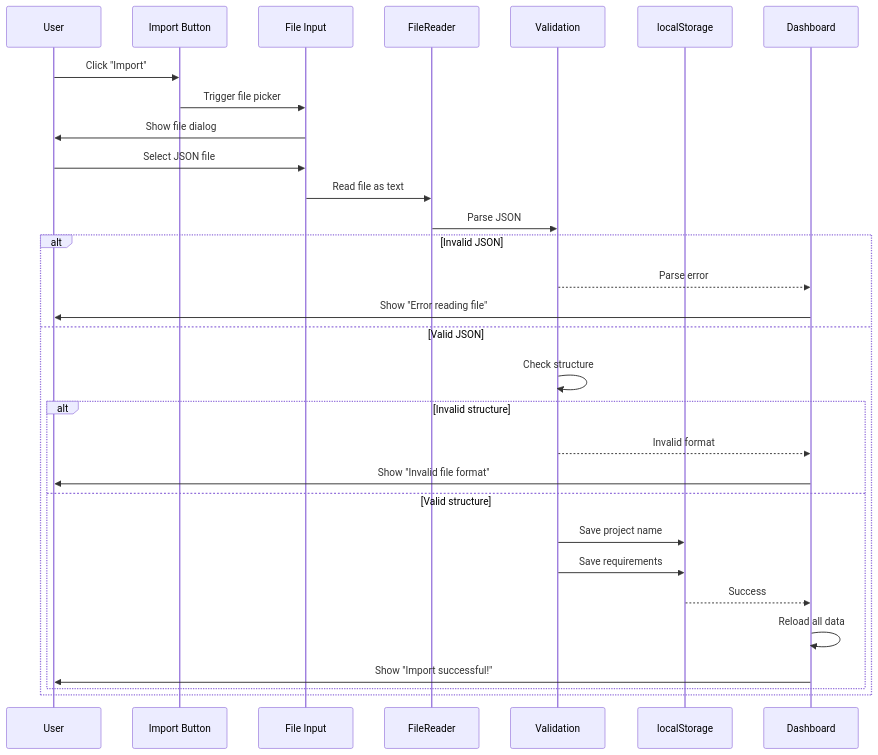
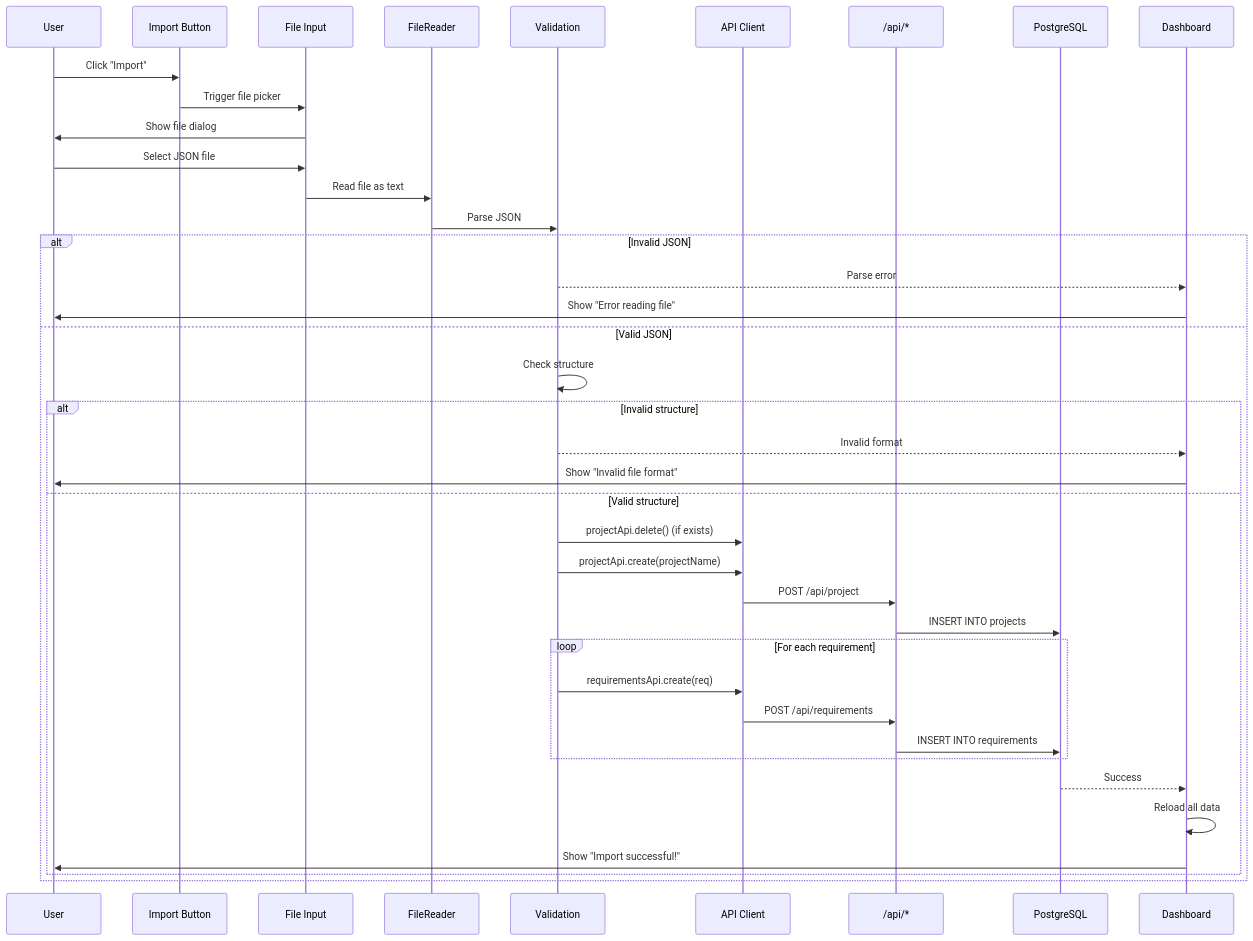
The eighth of 14 diagrams in docs/technical-spec.md (FirstRe/AIFIRST), drawn with Mermaid before and after one commit. The commit also changed other lines of this file and 36 other files, not shown here.

````diff
--- a/docs/technical-spec.md
+++ b/docs/technical-spec.md
@@ -725,38 +1070,48 @@
 ```mermaid
 sequenceDiagram
     participant User as User
     participant Button as Import Button
     participant Input as File Input
     participant Reader as FileReader
     participant Validator as Validation
-    participant Storage as localStorage
+    participant API as API Client
+    participant Backend as /api/*
+    participant DB as PostgreSQL
     participant Dashboard as Dashboard
 
     User->>Button: Click "Import"
     Button->>Input: Trigger file picker
     Input->>User: Show file dialog
 
     User->>Input: Select JSON file
     Input->>Reader: Read file as text
 
     Reader->>Validator: Parse JSON
 
     alt Invalid JSON
         Validator-->>Dashboard: Parse error
         Dashboard->>User: Show "Error reading file"
     else Valid JSON
         Validator->>Validator: Check structure
 
         alt Invalid structure
             Validator-->>Dashboard: Invalid format
             Dashboard->>User: Show "Invalid file format"
         else Valid structure
-            Validator->>Storage: Save project name
-            Validator->>Storage: Save requirements
+            Validator->>API: projectApi.delete() (if exists)
+            Validator->>API: projectApi.create(projectName)
+            API->>Backend: POST /api/project
+            Backend->>DB: INSERT INTO projects
 
-            Storage-->>Dashboard: Success
+            loop For each requirement
+                Validator->>API: requirementsApi.create(req)
+                API->>Backend: POST /api/requirements
+                Backend->>DB: INSERT INTO requirements
+            end
+
+            DB-->>Dashboard: Success
             Dashboard->>Dashboard: Reload all data
             Dashboard->>User: Show "Import successful!"
         end
     end
 ```
````
